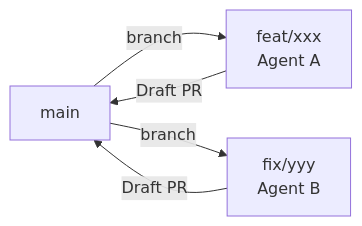
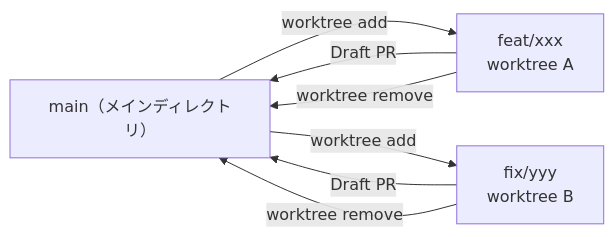
The diagram in .agent/rules/git-strategies.md (AtsushiYamashita/skills-my-util), drawn with Mermaid before and after one commit. The commit also changed other lines of this file and 3 other files, not shown here.

````diff
--- a/.agent/rules/git-strategies.md
+++ b/.agent/rules/git-strategies.md
@@ -133,7 +135,9 @@
 ```mermaid
 flowchart LR
-    M[main] -->|branch| A[feat/xxx\nAgent A]
-    M -->|branch| B[fix/yyy\nAgent B]
+    M["main（メインディレクトリ）"] -->|worktree add| A[feat/xxx\nworktree A]
+    M -->|worktree add| B[fix/yyy\nworktree B]
     A -->|Draft PR| M
     B -->|Draft PR| M
+    A -->|worktree remove| M
+    B -->|worktree remove| M
 ```
````
